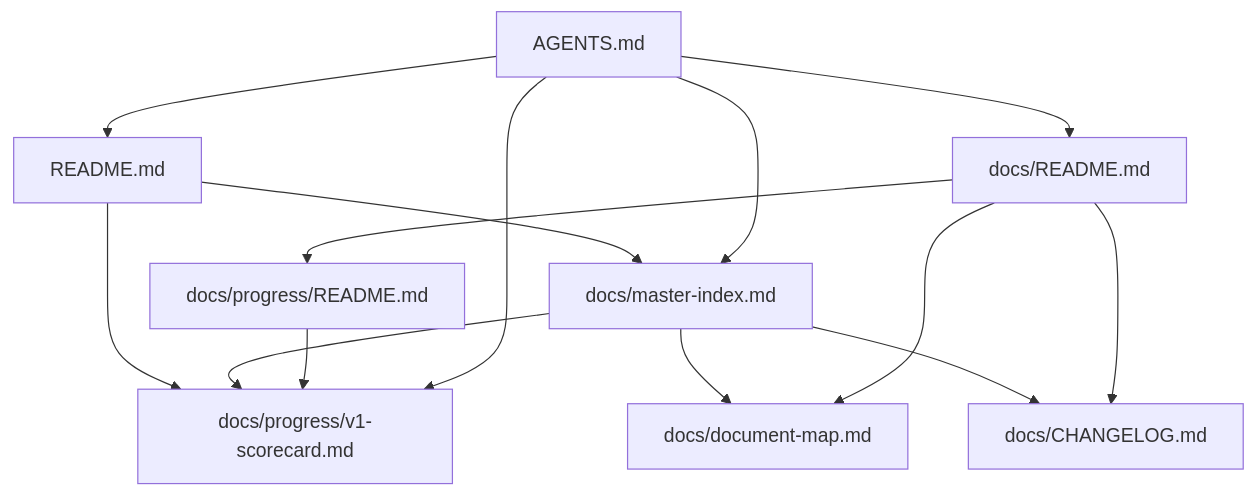
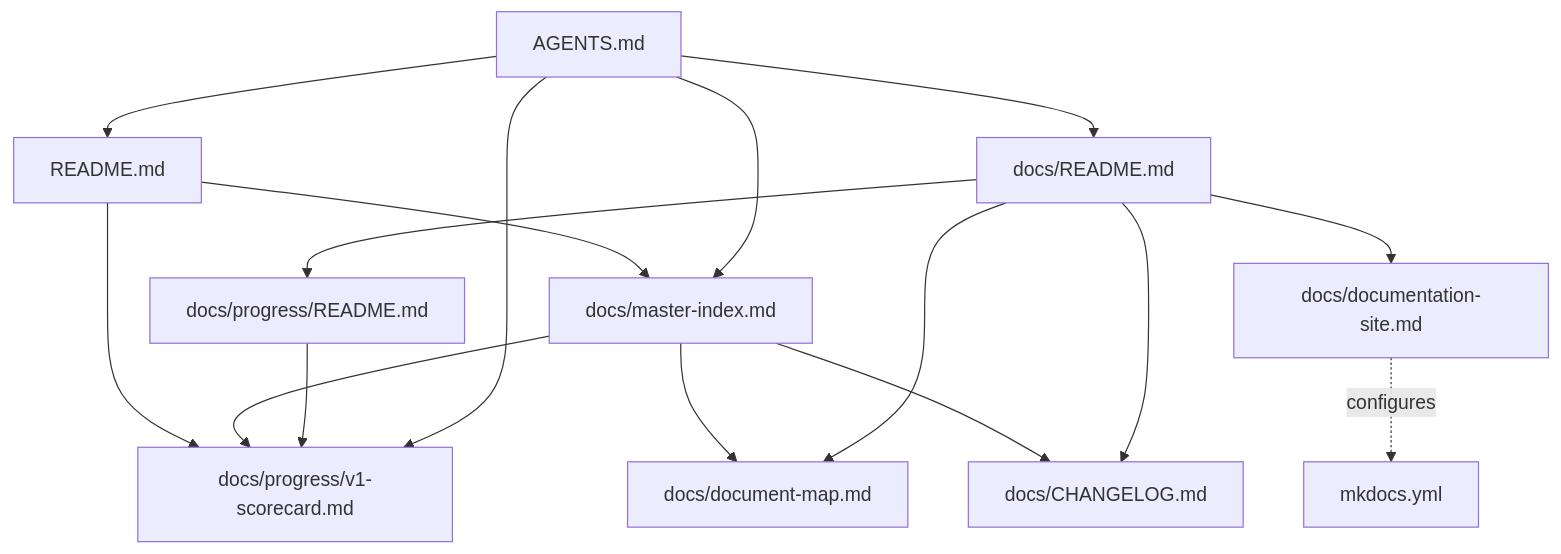
Before and after one commit to AI-DSOS/AI-Data-Science-Operating-System: the first of 7 diagrams in docs/document-map.md, drawn with Mermaid. The commit also changed 6 other files, not shown here.

First line of the commit message:
Phase 9: Documentation Site

````diff
--- a/docs/document-map.md
+++ b/docs/document-map.md
@@ -28,20 +28,22 @@
 ```mermaid
 graph TD
     AGENTS[AGENTS.md] --> README[README.md]
     AGENTS --> DocsReadme[docs/README.md]
     AGENTS --> MasterIndex[docs/master-index.md]
     AGENTS --> Scorecard[docs/progress/v1-scorecard.md]
 
     DocsReadme --> ProgressReadme[docs/progress/README.md]
     DocsReadme --> DocMap[docs/document-map.md]
     DocsReadme --> Changelog[docs/CHANGELOG.md]
 
     ProgressReadme --> Scorecard
 
     MasterIndex --> DocMap
     MasterIndex --> Scorecard
     MasterIndex --> Changelog
+    DocsReadme --> DocSite[docs/documentation-site.md]
+    DocSite -.configures.-> MkdocsYml[mkdocs.yml]
 
     README --> MasterIndex
     README --> Scorecard
 ```
````
